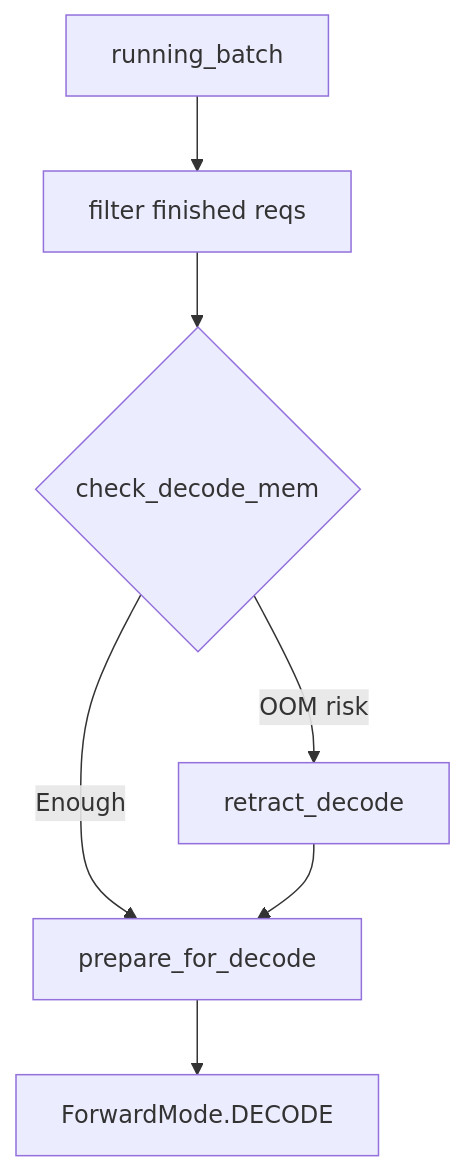
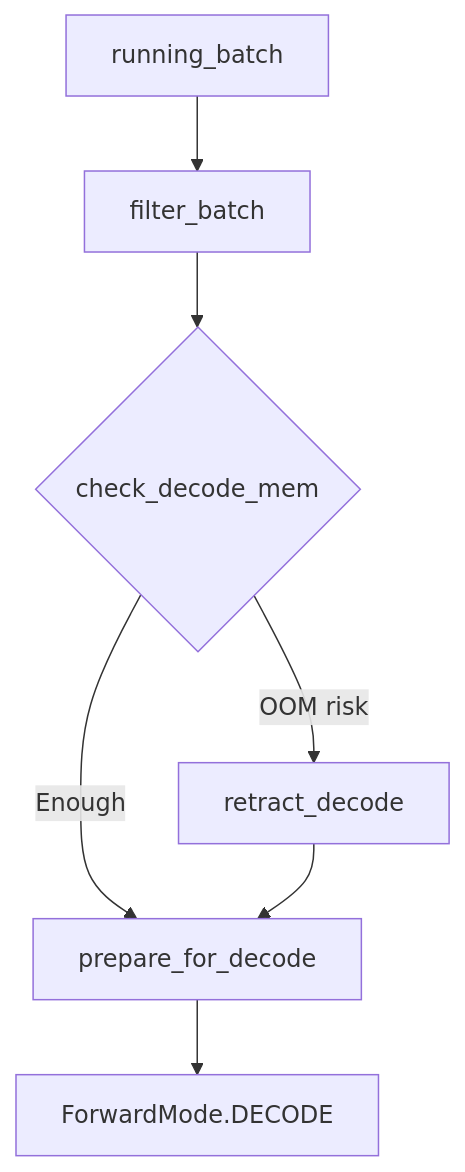
Before and after one commit to cl-vv-h/SGLang_Tutor: the sixth of 7 diagrams in learning/sglang-source-reading/02-scheduler-core.md, drawn with Mermaid. The commit also changed other lines of this file and 4 other files, not shown here.

````diff
--- a/learning/sglang-source-reading/02-scheduler-core.md
+++ b/learning/sglang-source-reading/02-scheduler-core.md
@@ -323,9 +176,9 @@
 ```mermaid
 flowchart TD
-  A["running_batch"] --> B["filter finished reqs"]
+  A["running_batch"] --> B["filter_batch"]
   B --> C{"check_decode_mem"}
   C -->|"Enough"| D["prepare_for_decode"]
   C -->|"OOM risk"| E["retract_decode"]
   E --> D
   D --> F["ForwardMode.DECODE"]
 ```
````
